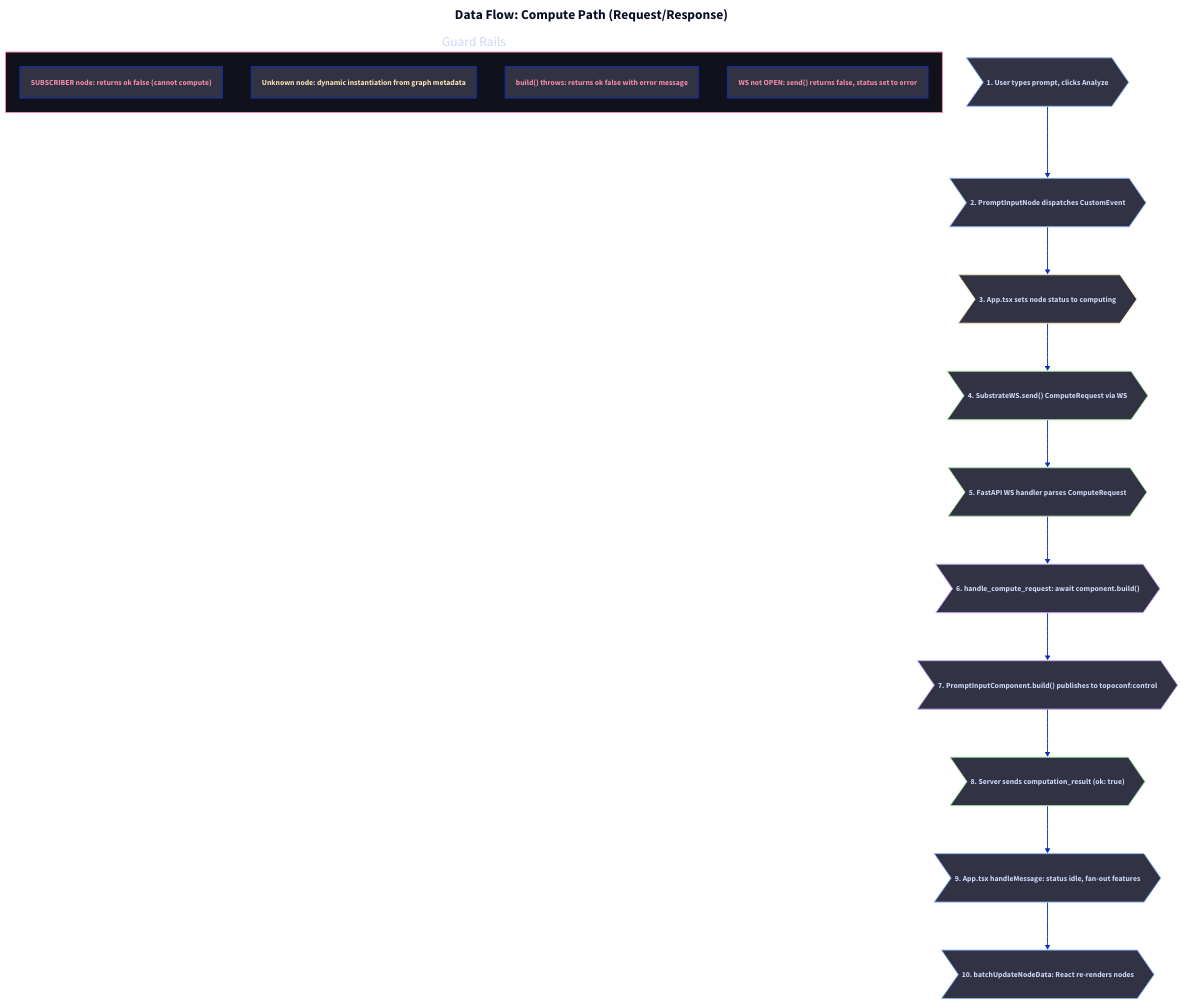
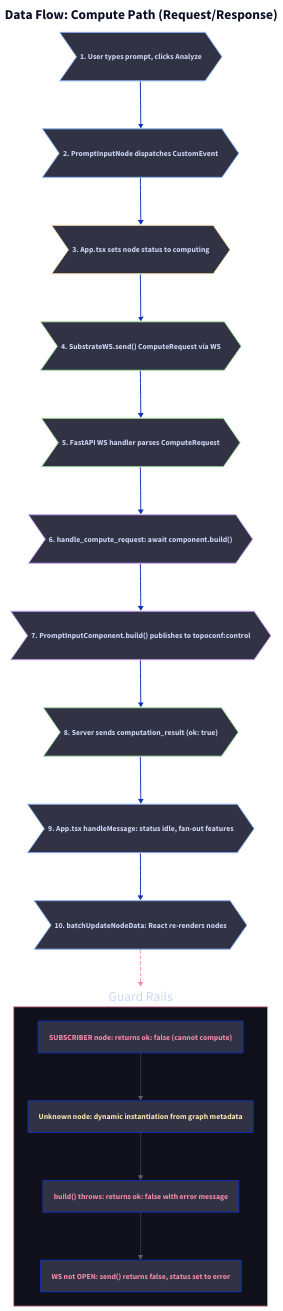
The diagram in docs/diagrams/04-compute-path.d2 (musicofhel/node-graph-substrate), drawn with D2 before and after one commit. The commit also changed 58 other files, not shown here.

First line of the commit message:
Remake all 13 architectural diagrams and refresh 77 screenshots

```diff
--- a/docs/diagrams/04-compute-path.d2
+++ b/docs/diagrams/04-compute-path.d2
@@ -1,104 +1,117 @@
 direction: down
 
 title: {
   label: "Data Flow: Compute Path (Request/Response)"
   near: top-center
   shape: text
   style.font-size: 28
   style.bold: true
 }
 
 step1: "1. User types prompt, clicks Analyze" {
   shape: step
   style.fill: "#313244"
   style.stroke: "#89b4fa"
   style.font-color: "#cdd6f4"
 }
 
 step2: "2. PromptInputNode dispatches CustomEvent" {
   shape: step
   style.fill: "#313244"
   style.stroke: "#89b4fa"
   style.font-color: "#cdd6f4"
 }
 
 step3: "3. App.tsx sets node status to computing" {
   shape: step
   style.fill: "#313244"
   style.stroke: "#f9e2af"
   style.font-color: "#cdd6f4"
 }
 
 step4: "4. SubstrateWS.send() ComputeRequest via WS" {
   shape: step
   style.fill: "#313244"
   style.stroke: "#a6e3a1"
   style.font-color: "#cdd6f4"
 }
 
 step5: "5. FastAPI WS handler parses ComputeRequest" {
   shape: step
   style.fill: "#313244"
   style.stroke: "#a6e3a1"
   style.font-color: "#cdd6f4"
 }
 
 step6: "6. handle_compute_request: await component.build()" {
   shape: step
   style.fill: "#313244"
   style.stroke: "#cba6f7"
   style.font-color: "#cdd6f4"
 }
 
 step7: "7. PromptInputComponent.build() publishes to topoconf:control" {
   shape: step
   style.fill: "#313244"
   style.stroke: "#cba6f7"
   style.font-color: "#cdd6f4"
 }
 
 step8: "8. Server sends computation_result (ok: true)" {
   shape: step
   style.fill: "#313244"
   style.stroke: "#a6e3a1"
   style.font-color: "#cdd6f4"
 }
 
 step9: "9. App.tsx handleMessage: status idle, fan-out features" {
   shape: step
   style.fill: "#313244"
   style.stroke: "#89b4fa"
   style.font-color: "#cdd6f4"
 }
 
 step10: "10. batchUpdateNodeData: React re-renders nodes" {
   shape: step
   style.fill: "#313244"
   style.stroke: "#89b4fa"
   style.font-color: "#cdd6f4"
 }
 
-step1 -> step2 -> step3 -> step4 -> step5 -> step6 -> step7 -> step8 -> step9 -> step10
+step1 -> step2: "" {style.stroke-width: 2}
+step2 -> step3: "" {style.stroke-width: 2}
+step3 -> step4: "" {style.stroke-width: 2}
+step4 -> step5: "" {style.stroke-width: 2}
+step5 -> step6: "" {style.stroke-width: 2}
+step6 -> step7: "" {style.stroke-width: 2}
+step7 -> step8: "" {style.stroke-width: 2}
+step8 -> step9: "" {style.stroke-width: 2}
+step9 -> step10: "" {style.stroke-width: 2}
+
+step10 -> guards: "" {style.stroke: "#f38ba8"; style.stroke-width: 2; style.stroke-dash: 3}
 
 guards: Guard Rails {
   style.fill: "#11111b"
   style.stroke: "#f38ba8"
   style.font-color: "#cdd6f4"
 
-  g1: "SUBSCRIBER node: returns ok false (cannot compute)" {
+  g1: "SUBSCRIBER node: returns ok: false (cannot compute)" {
     style.fill: "#313244"
     style.font-color: "#f38ba8"
   }
   g2: "Unknown node: dynamic instantiation from graph metadata" {
     style.fill: "#313244"
     style.font-color: "#f9e2af"
   }
-  g3: "build() throws: returns ok false with error message" {
+  g3: "build() throws: returns ok: false with error message" {
     style.fill: "#313244"
     style.font-color: "#f38ba8"
   }
   g4: "WS not OPEN: send() returns false, status set to error" {
     style.fill: "#313244"
     style.font-color: "#f38ba8"
   }
+  g1 -> g2: "" {style.stroke: "#585b70"; style.stroke-width: 1}
+  g2 -> g3: "" {style.stroke: "#585b70"; style.stroke-width: 1}
+  g3 -> g4: "" {style.stroke: "#585b70"; style.stroke-width: 1}
 }
```
